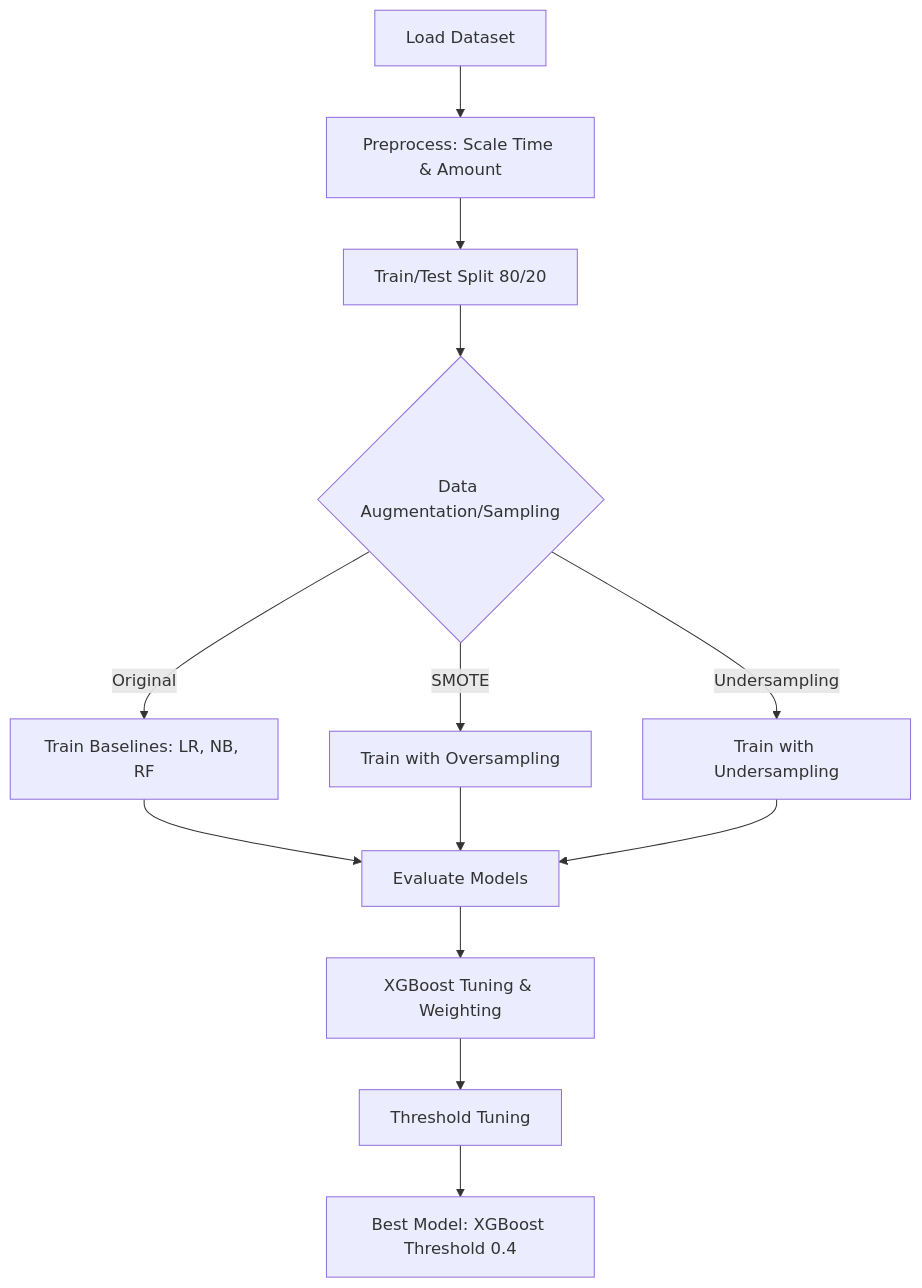
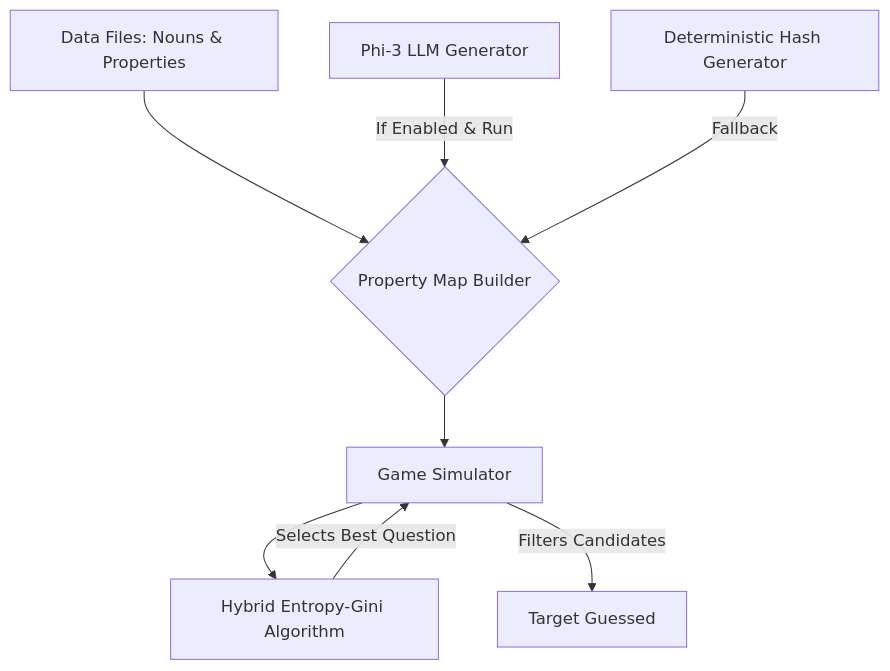
One commit to pettyre1/20-questions changed the diagram in README.md. Above: the diagram before and after it, drawn with Mermaid. The commit also changed other lines of this file, not shown here.

Commit message:
Add system flow diagram and technology used to README

````diff
--- a/README.md
+++ b/README.md
@@ -8,15 +7,10 @@
 ```mermaid
 graph TD
-    A[Load Dataset] --> B[Preprocess: Scale Time & Amount]
-    B --> C[Train/Test Split 80/20]
-    C --> D{Data Augmentation/Sampling}
-    D -->|Original| E[Train Baselines: LR, NB, RF]
-    D -->|SMOTE| F[Train with Oversampling]
-    D -->|Undersampling| G[Train with Undersampling]
-    E --> H[Evaluate Models]
-    F --> H
-    G --> H
-    H --> I[XGBoost Tuning & Weighting]
-    I --> J[Threshold Tuning]
-    J --> K[Best Model: XGBoost Threshold 0.4]
+    A[Data Files: Nouns & Properties] --> B{Property Map Builder}
+    C[Phi-3 LLM Generator] -->|If Enabled & Run| B
+    D[Deterministic Hash Generator] -->|Fallback| B
+    B --> E[Game Simulator]
+    E --> F[Hybrid Entropy-Gini Algorithm]
+    F -->|Selects Best Question| E
+    E -->|Filters Candidates| G[Target Guessed]
 ```
````
